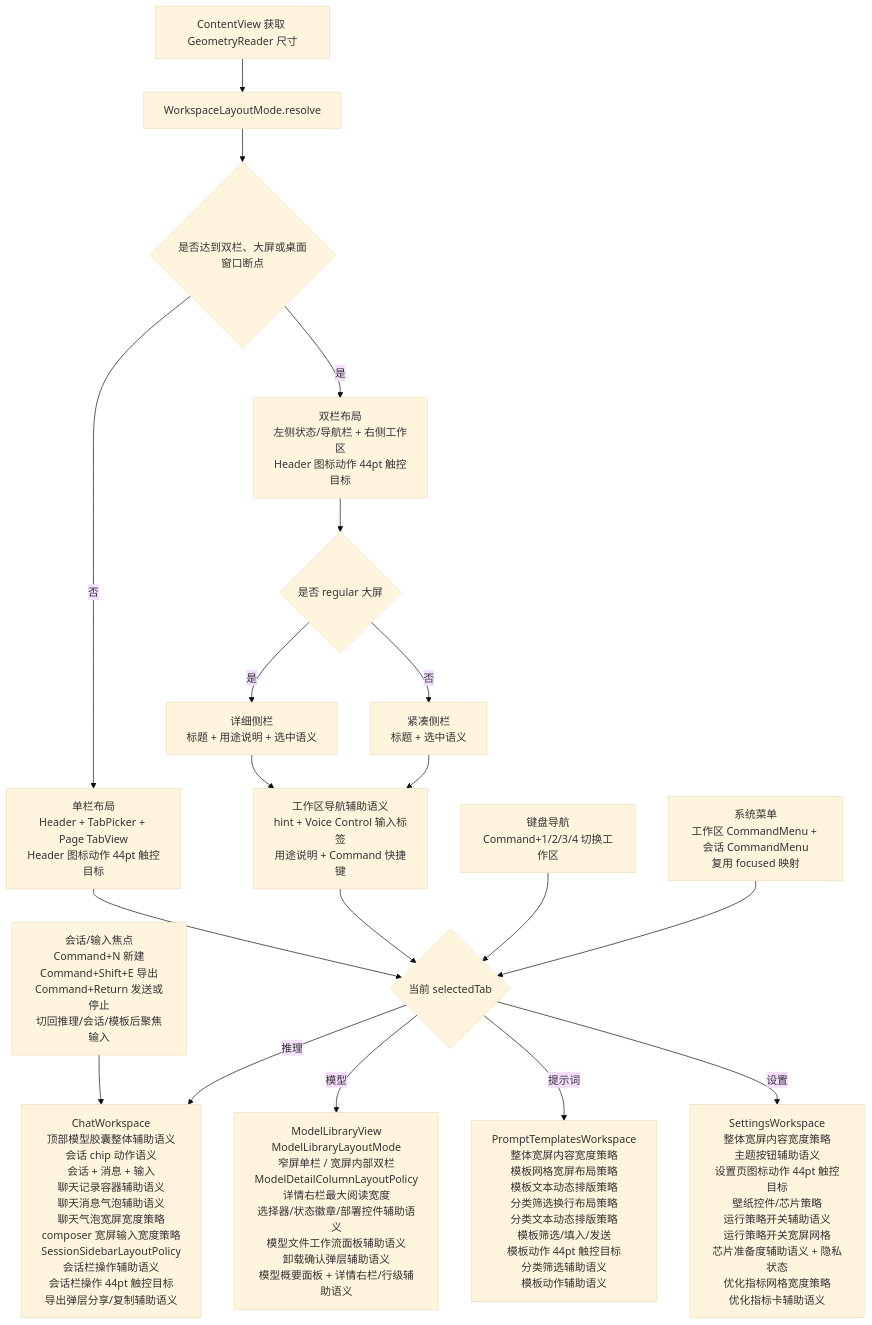
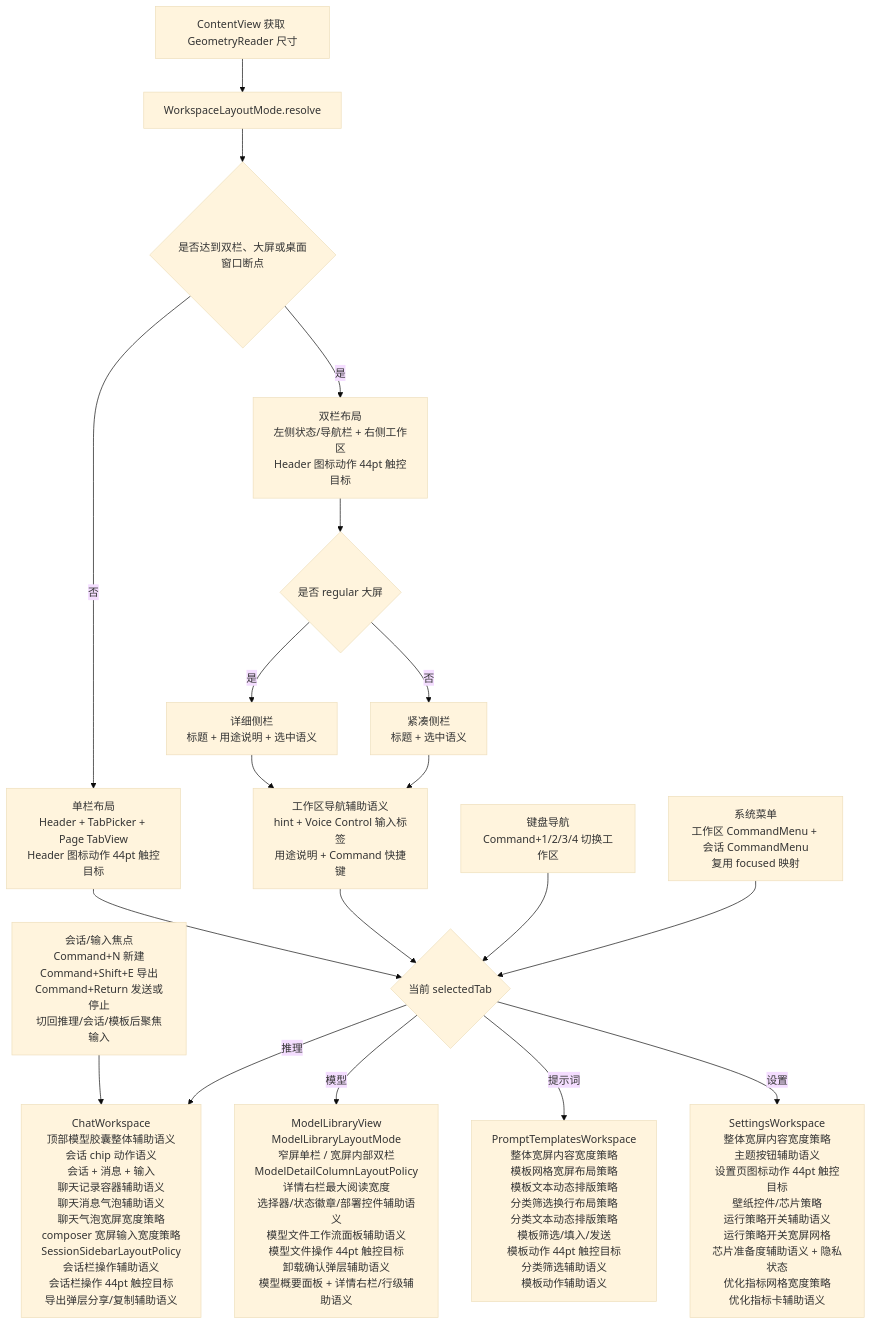
Before and after one commit to Altman-sam114/113: the fifth of 10 diagrams in md/flow/flowchart.md, drawn with Mermaid (base theme). The commit also changed other lines of this file and 8 other files, not shown here.

````diff
--- a/md/flow/flowchart.md
+++ b/md/flow/flowchart.md
@@ -84,21 +84,21 @@
 ```mermaid
 flowchart TD
     A[ContentView 获取 GeometryReader 尺寸] --> B[WorkspaceLayoutMode.resolve]
     B --> C{是否达到双栏、大屏或桌面窗口断点}
     C -- 否 --> D[单栏布局<br/>Header + TabPicker + Page TabView<br/>Header 图标动作 44pt 触控目标]
     C -- 是 --> E[双栏布局<br/>左侧状态/导航栏 + 右侧工作区<br/>Header 图标动作 44pt 触控目标]
     E --> N{是否 regular 大屏}
     N -- 是 --> O[详细侧栏<br/>标题 + 用途说明 + 选中语义]
     N -- 否 --> P[紧凑侧栏<br/>标题 + 选中语义]
     D --> F{当前 selectedTab}
     O --> X[工作区导航辅助语义<br/>hint + Voice Control 输入标签<br/>用途说明 + Command 快捷键]
     P --> X
     X --> F
     K[键盘导航<br/>Command+1/2/3/4 切换工作区] --> F
     M[系统菜单<br/>工作区 CommandMenu + 会话 CommandMenu<br/>复用 focused 映射] --> F
     L[会话/输入焦点<br/>Command+N 新建<br/>Command+Shift+E 导出<br/>Command+Return 发送或停止<br/>切回推理/会话/模板后聚焦输入] --> G
     F -- 推理 --> G[ChatWorkspace<br/>顶部模型胶囊整体辅助语义<br/>会话 chip 动作语义<br/>会话 + 消息 + 输入<br/>聊天记录容器辅助语义<br/>聊天消息气泡辅助语义<br/>聊天气泡宽屏宽度策略<br/>composer 宽屏输入宽度策略<br/>SessionSidebarLayoutPolicy<br/>会话栏操作辅助语义<br/>会话栏操作 44pt 触控目标<br/>导出弹层分享/复制辅助语义]
-    F -- 模型 --> H[ModelLibraryView<br/>ModelLibraryLayoutMode<br/>窄屏单栏 / 宽屏内部双栏<br/>ModelDetailColumnLayoutPolicy<br/>详情右栏最大阅读宽度<br/>选择器/状态徽章/部署控件辅助语义<br/>模型文件工作流面板辅助语义<br/>卸载确认弹层辅助语义<br/>模型概要面板 + 详情右栏/行级辅助语义]
+    F -- 模型 --> H[ModelLibraryView<br/>ModelLibraryLayoutMode<br/>窄屏单栏 / 宽屏内部双栏<br/>ModelDetailColumnLayoutPolicy<br/>详情右栏最大阅读宽度<br/>选择器/状态徽章/部署控件辅助语义<br/>模型文件工作流面板辅助语义<br/>模型文件操作 44pt 触控目标<br/>卸载确认弹层辅助语义<br/>模型概要面板 + 详情右栏/行级辅助语义]
     F -- 提示词 --> I[PromptTemplatesWorkspace<br/>整体宽屏内容宽度策略<br/>模板网格宽屏布局策略<br/>模板文本动态排版策略<br/>分类筛选换行布局策略<br/>分类文本动态排版策略<br/>模板筛选/填入/发送<br/>模板动作 44pt 触控目标<br/>分类筛选辅助语义<br/>模板动作辅助语义]
     F -- 设置 --> J[SettingsWorkspace<br/>整体宽屏内容宽度策略<br/>主题按钮辅助语义<br/>设置页图标动作 44pt 触控目标<br/>壁纸控件/芯片策略<br/>运行策略开关辅助语义<br/>运行策略开关宽屏网格<br/>芯片准备度辅助语义 + 隐私状态<br/>优化指标网格宽度策略<br/>优化指标卡辅助语义]
 ```
````
